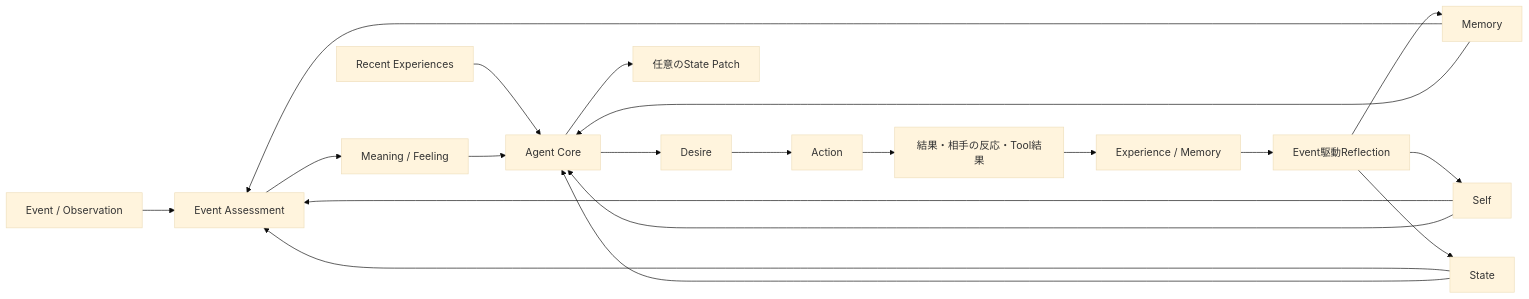
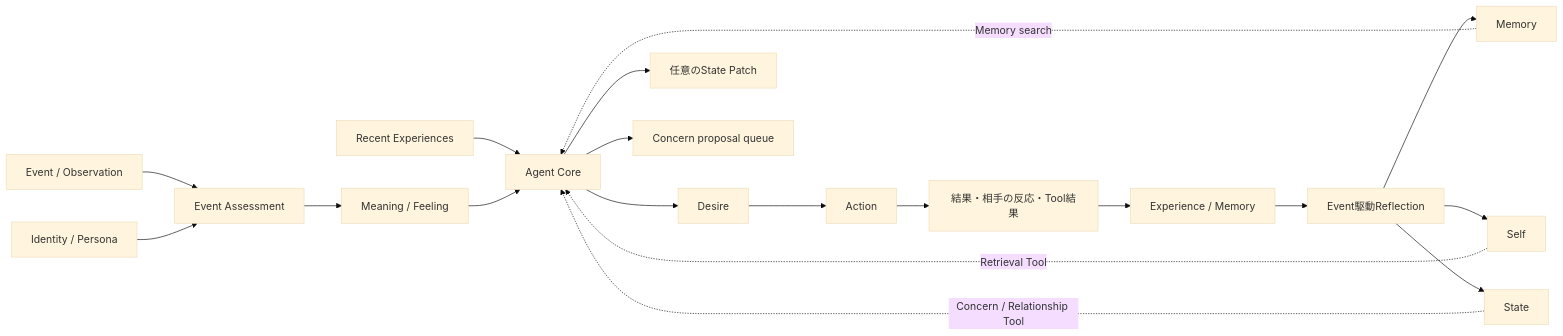
Before and after one commit to if001/social_agent: the first of 6 diagrams in docs/D3/AGENT_MOTIVATION_MODEL.md, drawn with Mermaid (base theme). The commit also changed other lines of this file and 20 other files, not shown here.

Commit message:
Implement concern-driven agent context retrieval

````diff
--- a/docs/D3/AGENT_MOTIVATION_MODEL.md
+++ b/docs/D3/AGENT_MOTIVATION_MODEL.md
@@ -7,22 +7,21 @@
 ```mermaid
 flowchart LR
     E[Event / Observation] --> A[Event Assessment]
-    S[Self] --> A
-    ST[State] --> A
-    M[Memory] --> A
+    ID[Identity / Persona] --> A
     RX[Recent Experiences] --> C
     A --> MF[Meaning / Feeling]
     MF --> C[Agent Core]
-    S --> C
-    ST --> C
-    M --> C
+    S[Self] -. Retrieval Tool .-> C
+    ST[State] -. Concern / Relationship Tool .-> C
+    M[Memory] -. Memory search .-> C
     C --> D[Desire]
     D --> X[Action]
     C --> P[任意のState Patch]
+    C --> Q[Concern proposal queue]
     X --> R[結果・相手の反応・Tool結果]
     R --> EX[Experience / Memory]
     EX --> RF[Event駆動Reflection]
     RF --> M
     RF --> S
     RF --> ST
 ```
````
